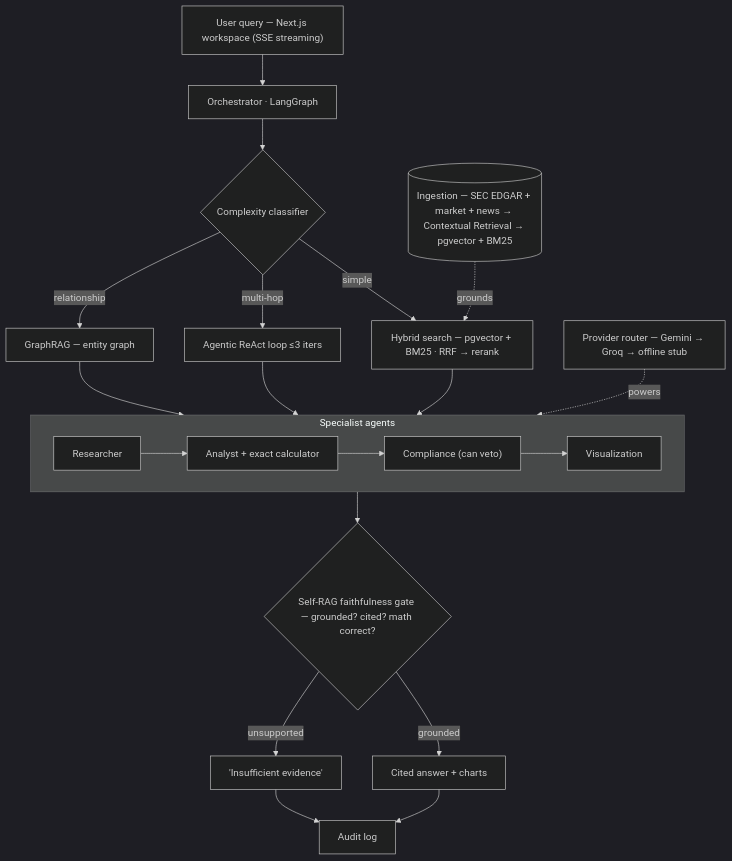
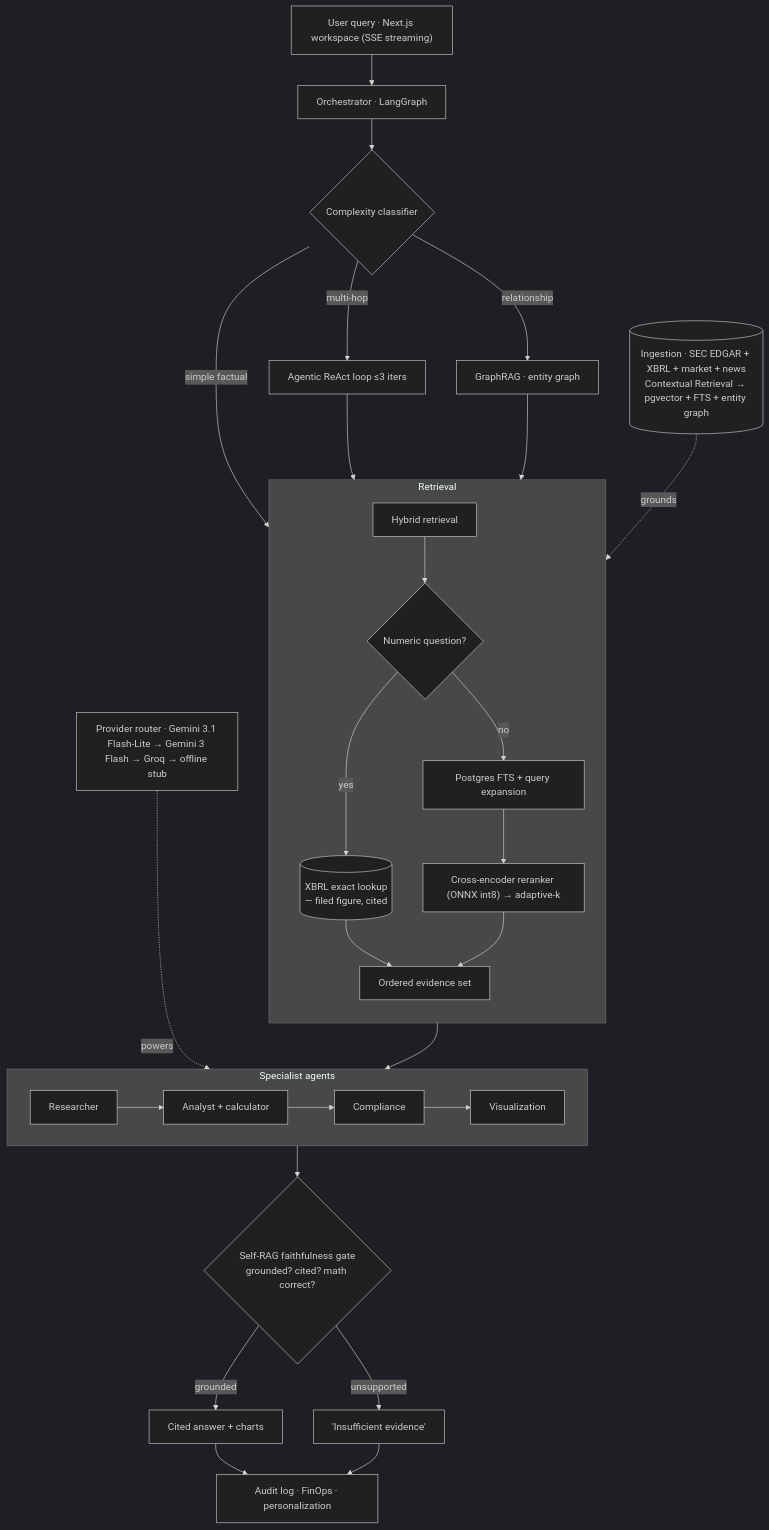
The diagram in README.md (krish2105/FinCopilot-), drawn with Mermaid (dark theme) before and after one commit. The commit also changed other lines of this file, not shown here.

````diff
--- a/README.md
+++ b/README.md
@@ -38,22 +46,34 @@
 ```mermaid
 flowchart TD
-    U["User query — Next.js workspace (SSE streaming)"] --> ORCH["Orchestrator · LangGraph"]
+    U["User query · Next.js workspace (SSE streaming)"] --> ORCH["Orchestrator · LangGraph"]
     ORCH --> CLS{"Complexity classifier"}
-    CLS -->|simple| HS["Hybrid search — pgvector + BM25 · RRF → rerank"]
+    CLS -->|simple factual| HS["Hybrid retrieval"]
     CLS -->|multi-hop| AG["Agentic ReAct loop ≤3 iters"]
-    CLS -->|relationship| GR["GraphRAG — entity graph"]
-    HS --> AGENTS
-    AG --> AGENTS
-    GR --> AGENTS
+    CLS -->|relationship| GR["GraphRAG · entity graph"]
+
+    subgraph RET["Retrieval"]
+      direction TB
+      HS --> XB{"Numeric question?"}
+      XB -->|yes| LOOK[("XBRL exact lookup<br/>— filed figure, cited")]
+      XB -->|no| FTS["Postgres FTS + query expansion"]
+      FTS --> RR["Cross-encoder reranker (ONNX int8) → adaptive-k"]
+      LOOK --> EVID
+      RR --> EVID["Ordered evidence set"]
+    end
+
+    AG --> EVID
+    GR --> EVID
+    EVID --> AGENTS
     subgraph AGENTS["Specialist agents"]
-        direction LR
-        R["Researcher"] --> A["Analyst + exact calculator"] --> C["Compliance (can veto)"] --> V["Visualization"]
+      direction LR
+      R["Researcher"] --> A["Analyst + calculator"] --> C["Compliance"] --> V["Visualization"]
     end
-    AGENTS --> GATE{"Self-RAG faithfulness gate — grounded? cited? math correct?"}
+    AGENTS --> GATE{"Self-RAG faithfulness gate<br/>grounded? cited? math correct?"}
     GATE -->|grounded| ANS["Cited answer + charts"]
     GATE -->|unsupported| REF["'Insufficient evidence'"]
-    ANS --> AUD["Audit log"]
+    ANS --> AUD["Audit log · FinOps · personalization"]
     REF --> AUD
-    CORP[("Ingestion — SEC EDGAR + market + news → Contextual Retrieval → pgvector + BM25")] -.grounds.-> HS
-    LLM["Provider router — Gemini → Groq → offline stub"] -.powers.-> AGENTS
+
+    CORP[("Ingestion · SEC EDGAR + XBRL + market + news<br/>Contextual Retrieval → pgvector + FTS + entity graph")] -.grounds.-> RET
+    LLM["Provider router · Gemini 3.1 Flash-Lite → Gemini 3 Flash → Groq → offline stub"] -.powers.-> AGENTS
 ```
````
